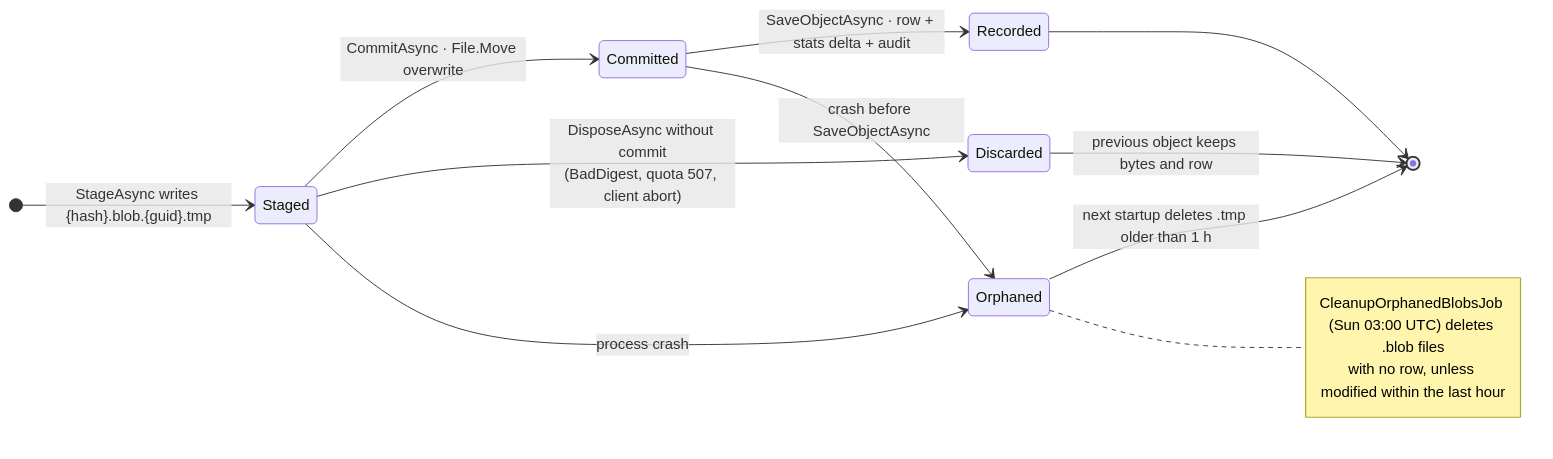
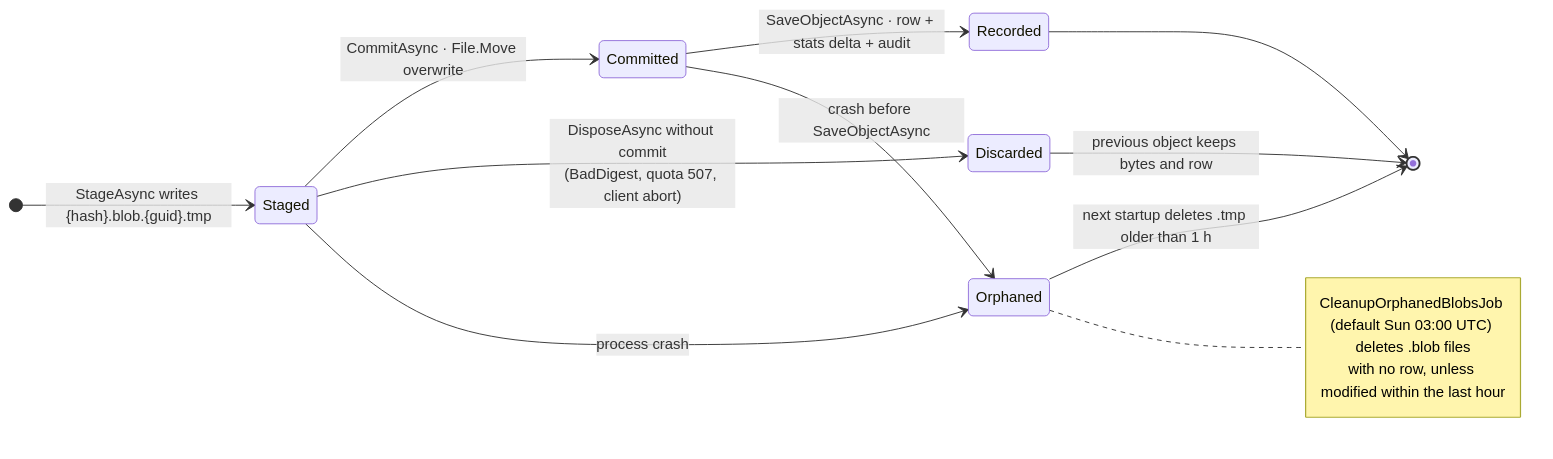
Before and after one commit to centrolabs/ObjeX: the sixth of 6 diagrams in docs/architecture.md, drawn with Mermaid. The commit also changed other lines of this file and 9 other files, not shown here.

Commit message:
describe the configurable job schedules in the README, configuration, API and architecture docs

````diff
--- a/docs/architecture.md
+++ b/docs/architecture.md
@@ -326,17 +326,17 @@
 ```mermaid
 stateDiagram-v2
   direction LR
   [*] --> Staged : StageAsync writes {hash}.blob.{guid}.tmp
   Staged --> Committed : CommitAsync · File.Move overwrite
   Staged --> Discarded : DisposeAsync without commit<br/>(BadDigest, quota 507, client abort)
   Staged --> Orphaned : process crash
   Orphaned --> [*] : next startup deletes .tmp older than 1 h
   Discarded --> [*] : previous object keeps bytes and row
   Committed --> Recorded : SaveObjectAsync · row + stats delta + audit
   Recorded --> [*]
   Committed --> Orphaned : crash before SaveObjectAsync
   note right of Orphaned
-    CleanupOrphanedBlobsJob (Sun 03:00 UTC) deletes .blob files
+    CleanupOrphanedBlobsJob (default Sun 03:00 UTC) deletes .blob files
     with no row, unless modified within the last hour
   end note
 ```
````
